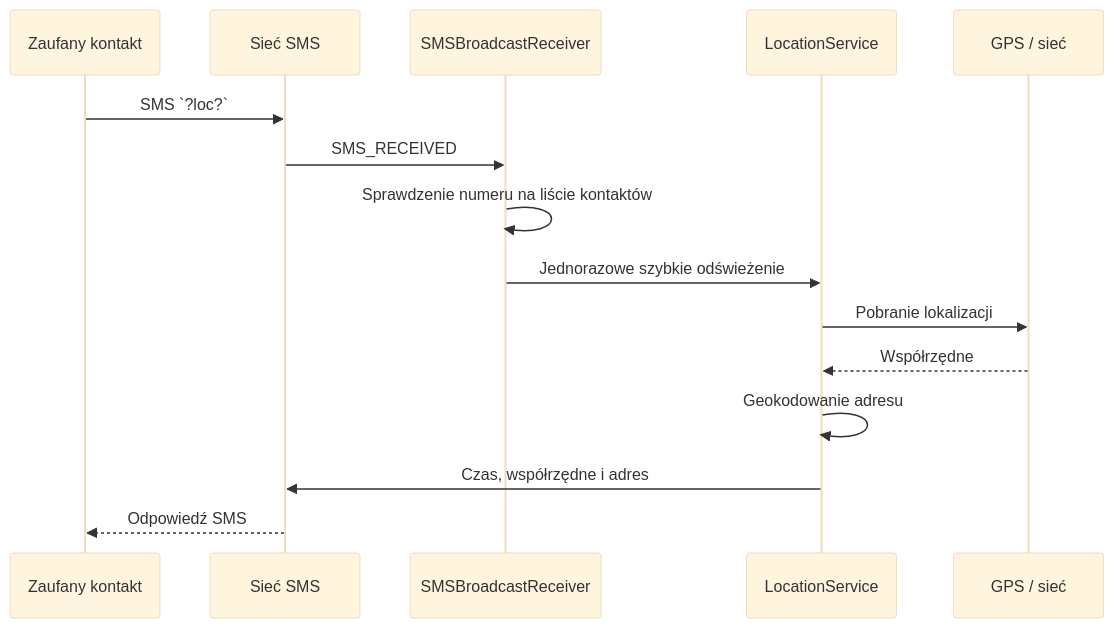
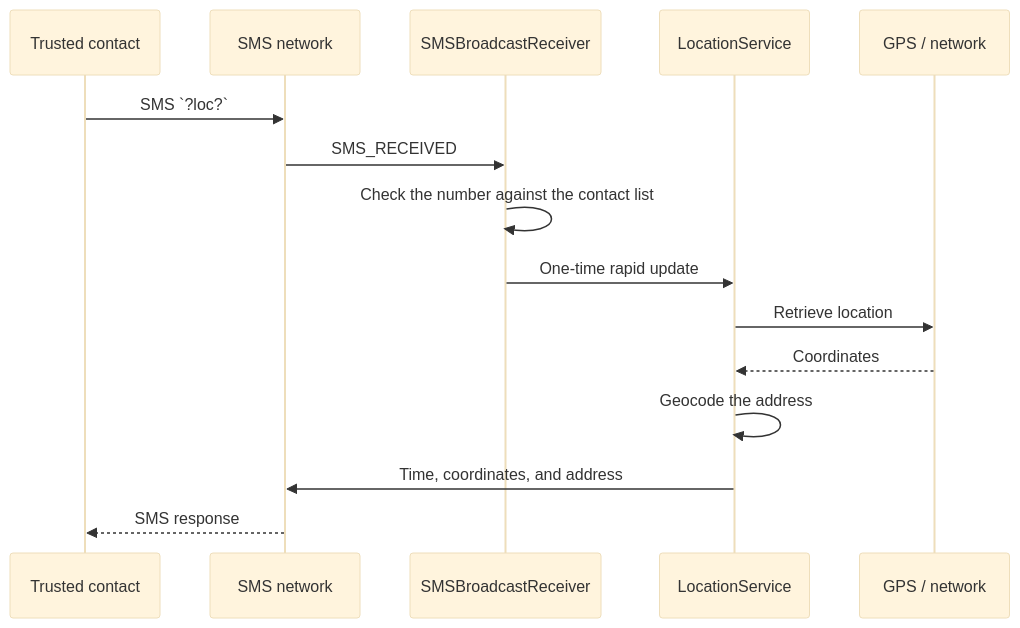
Before and after one commit to marek-czelen/FamilySonar: the diagram in README.md, drawn with Mermaid (base theme). The commit also changed other lines of this file, not shown here.

````diff
--- a/README.md
+++ b/README.md
@@ -58,18 +58,18 @@
 ```mermaid
 sequenceDiagram
-    participant Contact as Zaufany kontakt
-    participant SMS as Sieć SMS
+    participant Contact as Trusted contact
+    participant SMS as SMS network
     participant Receiver as SMSBroadcastReceiver
     participant Service as LocationService
-    participant Device as GPS / sieć
+    participant Device as GPS / network
 
     Contact->>SMS: SMS `?loc?`
     SMS->>Receiver: SMS_RECEIVED
-    Receiver->>Receiver: Sprawdzenie numeru na liście kontaktów
-    Receiver->>Service: Jednorazowe szybkie odświeżenie
-    Service->>Device: Pobranie lokalizacji
-    Device-->>Service: Współrzędne
-    Service->>Service: Geokodowanie adresu
-    Service->>SMS: Czas, współrzędne i adres
-    SMS-->>Contact: Odpowiedź SMS
+    Receiver->>Receiver: Check the number against the contact list
+    Receiver->>Service: One-time rapid update
+    Service->>Device: Retrieve location
+    Device-->>Service: Coordinates
+    Service->>Service: Geocode the address
+    Service->>SMS: Time, coordinates, and address
+    SMS-->>Contact: SMS response
 ```
````
